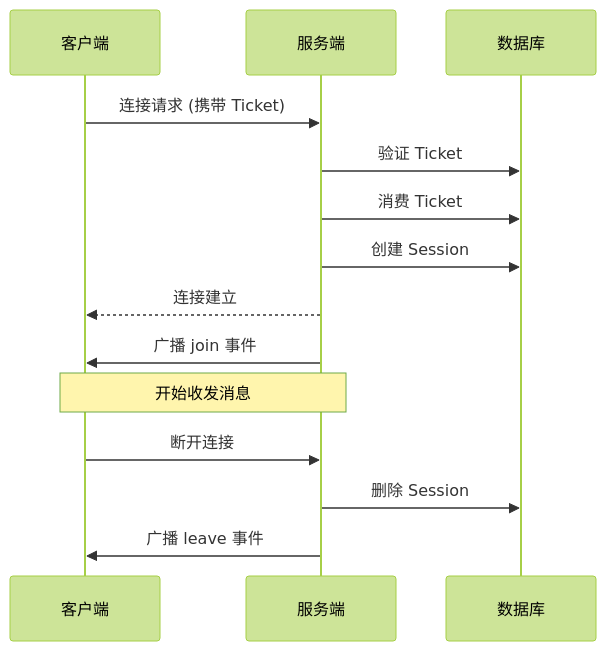
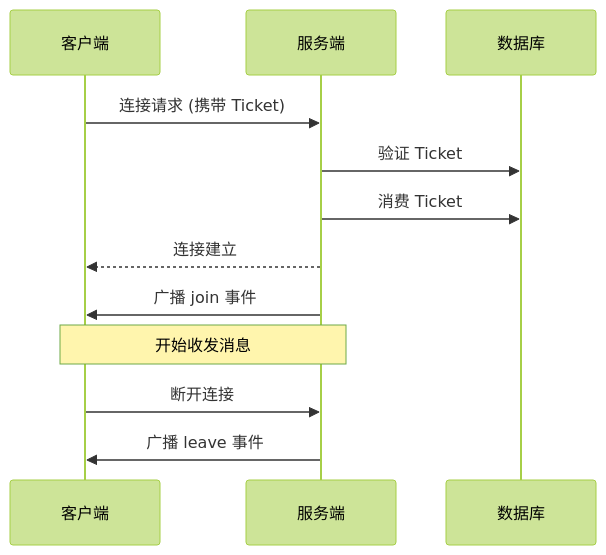
One commit to build-workbench/chatroom changed the diagram in docs/api/websocket.md. Above: the diagram before and after it, drawn with Mermaid (forest theme). The commit also changed 25 other files, not shown here.

````diff
--- a/docs/api/websocket.md
+++ b/docs/api/websocket.md
@@ -42,17 +42,15 @@
 ```mermaid
 sequenceDiagram
     participant Client as 客户端
     participant Server as 服务端
     participant DB as 数据库
     
     Client->>Server: 连接请求 (携带 Ticket)
     Server->>DB: 验证 Ticket
     Server->>DB: 消费 Ticket
-    Server->>DB: 创建 Session
     Server-->>Client: 连接建立
     Server->>Client: 广播 join 事件
     Note over Client,Server: 开始收发消息
     Client->>Server: 断开连接
-    Server->>DB: 删除 Session
     Server->>Client: 广播 leave 事件
 ```
````
